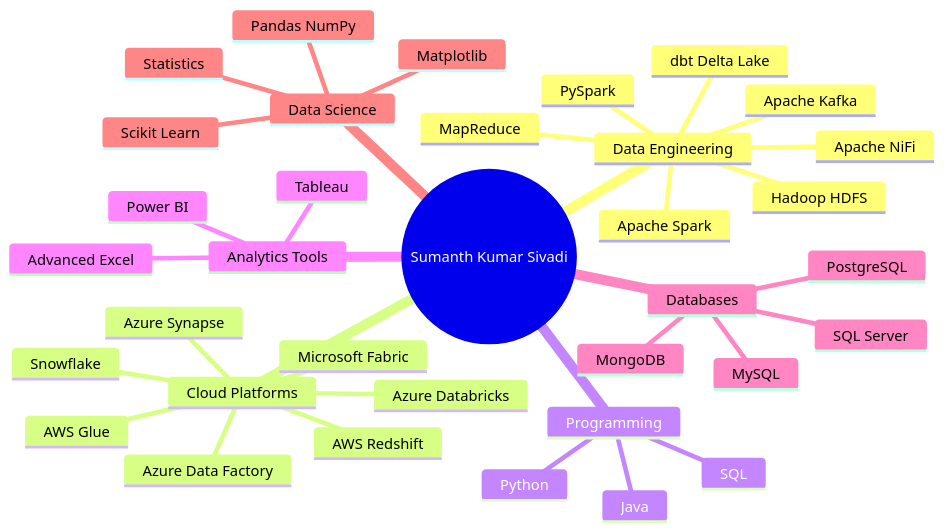
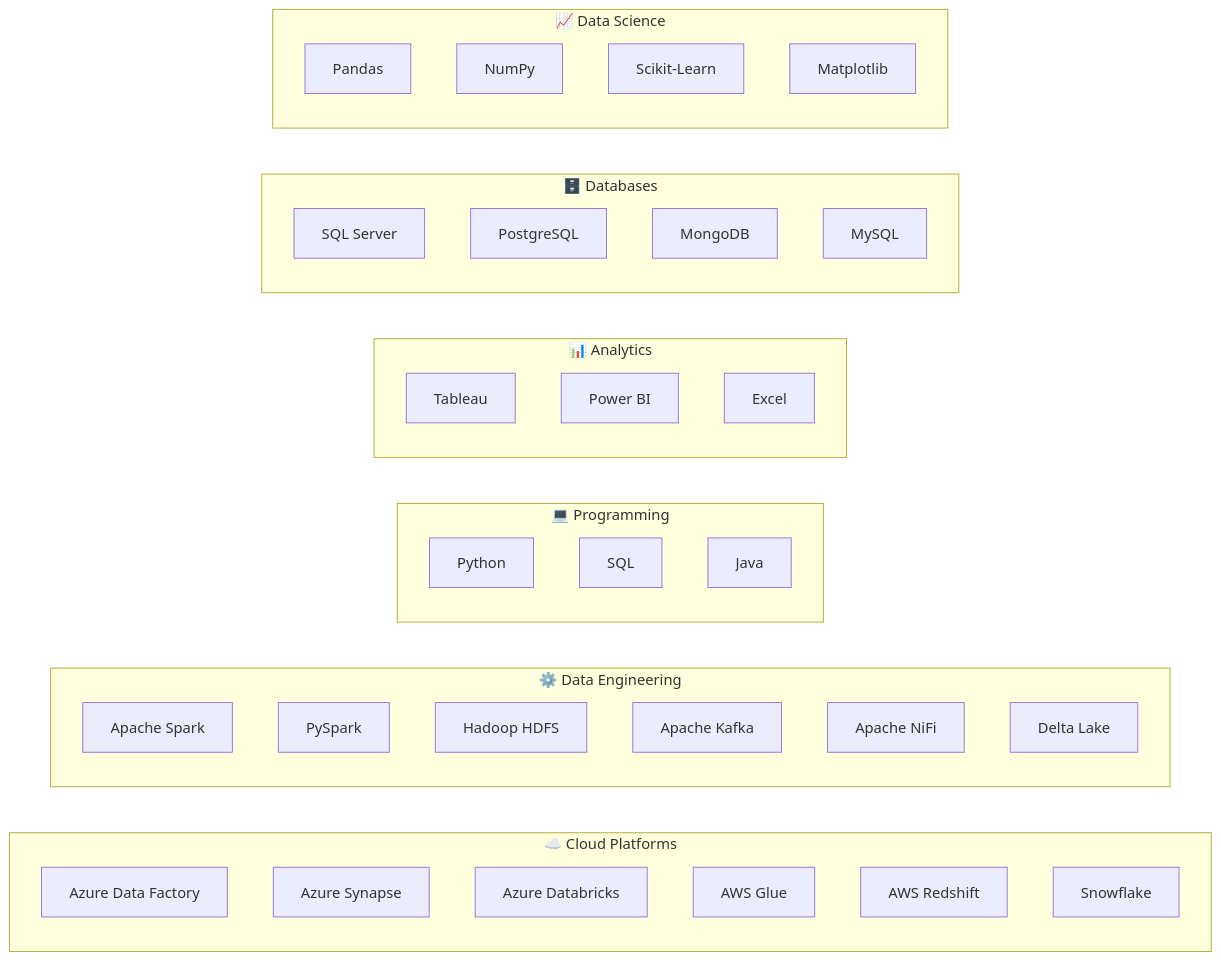
Before and after one commit to SumanthKumar00/SumanthKumar00: the third of 3 diagrams in README.md, drawn with Mermaid. The commit also changed other lines of this file, not shown here.

````diff
--- a/README.md
+++ b/README.md
@@ -178,38 +199,46 @@
 ```mermaid
-mindmap
-  root((Sumanth Kumar Sivadi))
-    Data Engineering
-      Apache Spark
-      PySpark
-      Hadoop HDFS
-      MapReduce
-      Apache Kafka
-      Apache NiFi
-      dbt Delta Lake
-    Cloud Platforms
-      Azure Data Factory
-      Azure Synapse
-      Azure Databricks
-      AWS Glue
-      AWS Redshift
-      Snowflake
-      Microsoft Fabric
-    Programming
-      Python
-      SQL
-      Java
-    Analytics Tools
-      Tableau
-      Power BI
-      Advanced Excel
-    Databases
-      SQL Server
-      PostgreSQL
-      MySQL
-      MongoDB
-    Data Science
-      Pandas NumPy
-      Scikit Learn
-      Matplotlib
-      Statistics
+graph LR
+    subgraph Cloud["☁️ Cloud Platforms"]
+        A1[Azure Data Factory]
+        A2[Azure Synapse]
+        A3[Azure Databricks]
+        A4[AWS Glue]
+        A5[AWS Redshift]
+        A6[Snowflake]
+    end
+    
+    subgraph Engineering["⚙️ Data Engineering"]
+        B1[Apache Spark]
+        B2[PySpark]
+        B3[Hadoop HDFS]
+        B4[Apache Kafka]
+        B5[Apache NiFi]
+        B6[Delta Lake]
+    end
+    
+    subgraph Programming["💻 Programming"]
+        C1[Python]
+        C2[SQL]
+        C3[Java]
+    end
+    
+    subgraph Analytics["📊 Analytics"]
+        D1[Tableau]
+        D2[Power BI]
+        D3[Excel]
+    end
+    
+    subgraph Databases["🗄️ Databases"]
+        E1[SQL Server]
+        E2[PostgreSQL]
+        E3[MongoDB]
+        E4[MySQL]
+    end
+    
+    subgraph DataScience["📈 Data Science"]
+        F1[Pandas]
+        F2[NumPy]
+        F3[Scikit-Learn]
+        F4[Matplotlib]
+    end
 ```
````
